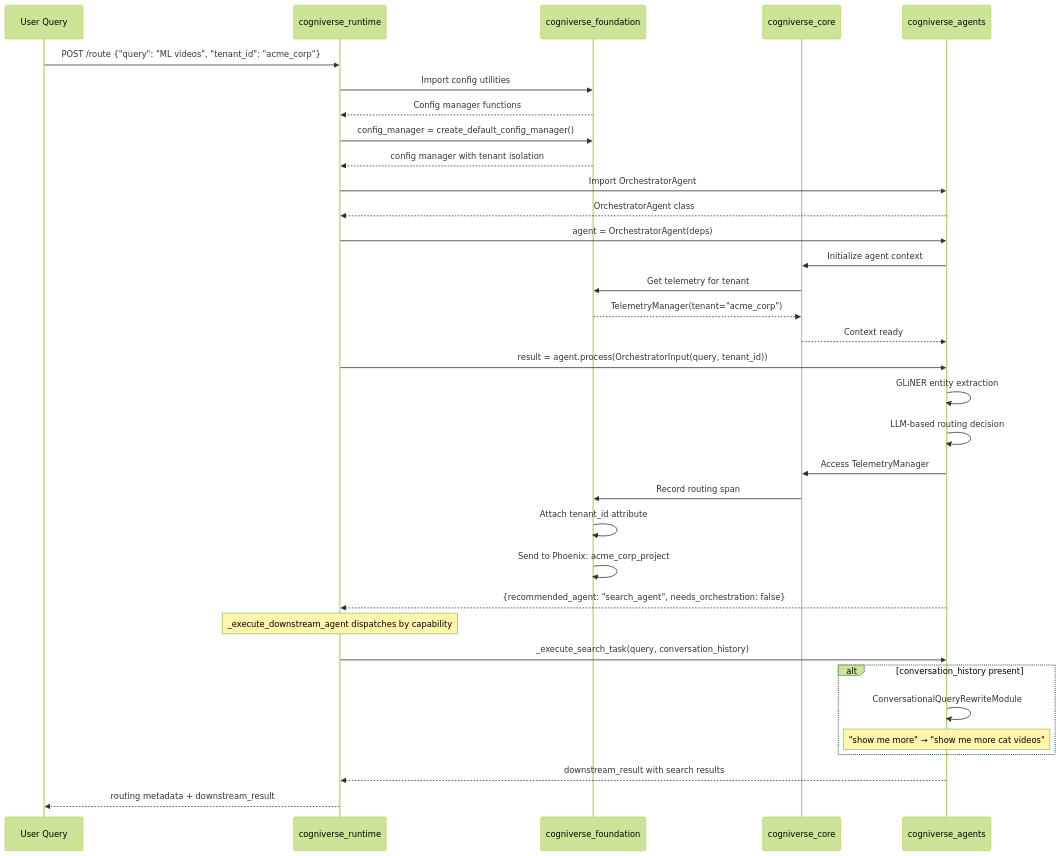
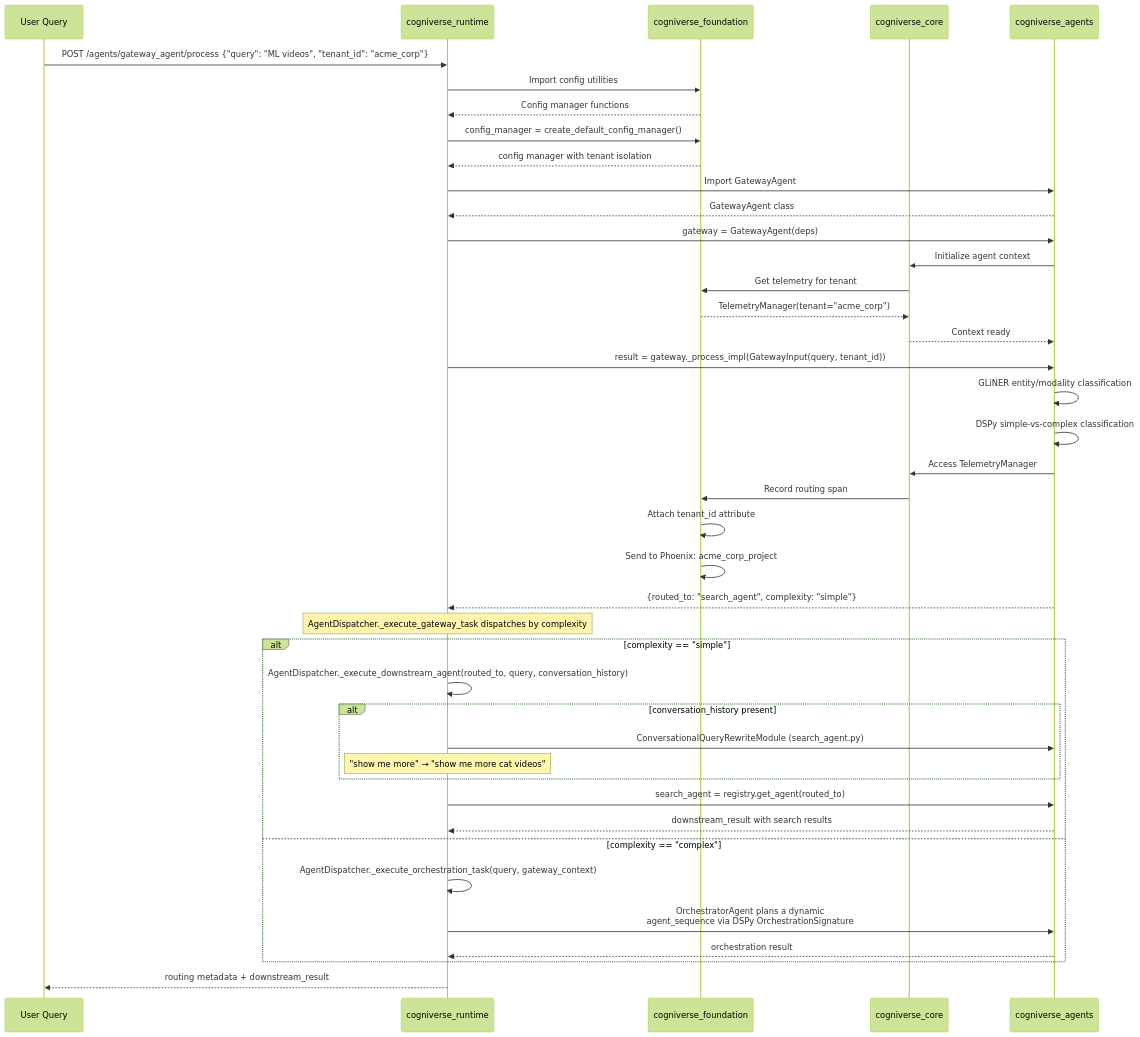
Before and after one commit to amit-jain/cogniverse: diagram 17 of 27 in docs/diagrams/sdk-architecture-diagrams.md, drawn with Mermaid (forest theme). The commit also changed other lines of this file and 119 other files, not shown here.

````diff
--- a/docs/diagrams/sdk-architecture-diagrams.md
+++ b/docs/diagrams/sdk-architecture-diagrams.md
@@ -531,47 +1050,56 @@
 ```mermaid
 sequenceDiagram
     participant User as User Query
     participant Runtime as cogniverse_runtime
     participant Foundation as cogniverse_foundation
     participant Core as cogniverse_core
     participant Agents as cogniverse_agents
 
-    User->>Runtime: POST /route {"query": "ML videos", "tenant_id": "acme_corp"}
+    User->>Runtime: POST /agents/gateway_agent/process {"query": "ML videos", "tenant_id": "acme_corp"}
 
     Runtime->>Foundation: Import config utilities
     Foundation-->>Runtime: Config manager functions
 
     Runtime->>Foundation: config_manager = create_default_config_manager()
     Foundation-->>Runtime: config manager with tenant isolation
 
-    Runtime->>Agents: Import OrchestratorAgent
-    Agents-->>Runtime: OrchestratorAgent class
+    Runtime->>Agents: Import GatewayAgent
+    Agents-->>Runtime: GatewayAgent class
 
-    Runtime->>Agents: agent = OrchestratorAgent(deps)
+    Runtime->>Agents: gateway = GatewayAgent(deps)
     Agents->>Core: Initialize agent context
     Core->>Foundation: Get telemetry for tenant
     Foundation-->>Core: TelemetryManager(tenant="acme_corp")
     Core-->>Agents: Context ready
 
-    Runtime->>Agents: result = agent.process(OrchestratorInput(query, tenant_id))
-    Agents->>Agents: GLiNER entity extraction
-    Agents->>Agents: LLM-based routing decision
+    Runtime->>Agents: result = gateway._process_impl(GatewayInput(query, tenant_id))
+    Agents->>Agents: GLiNER entity/modality classification
+    Agents->>Agents: DSPy simple-vs-complex classification
 
     Agents->>Core: Access TelemetryManager
     Core->>Foundation: Record routing span
     Foundation->>Foundation: Attach tenant_id attribute
     Foundation->>Foundation: Send to Phoenix: acme_corp_project
 
-    Agents-->>Runtime: {recommended_agent: "search_agent", needs_orchestration: false}
+    Agents-->>Runtime: {routed_to: "search_agent", complexity: "simple"}
 
-    Note over Runtime: _execute_downstream_agent dispatches by capability
-    Runtime->>Agents: _execute_search_task(query, conversation_history)
+    Note over Runtime: AgentDispatcher._execute_gateway_task dispatches by complexity
 
-    alt conversation_history present
-        Agents->>Agents: ConversationalQueryRewriteModule
-        Note over Agents: "show me more" → "show me more cat videos"
+    alt complexity == "simple"
+        Runtime->>Runtime: AgentDispatcher._execute_downstream_agent(routed_to, query, conversation_history)
+
+        alt conversation_history present
+            Runtime->>Agents: ConversationalQueryRewriteModule (search_agent.py)
+            Note over Runtime: "show me more" → "show me more cat videos"
+        end
+
+        Runtime->>Agents: search_agent = registry.get_agent(routed_to)
+        Agents-->>Runtime: downstream_result with search results
+    else complexity == "complex"
+        Runtime->>Runtime: AgentDispatcher._execute_orchestration_task(query, gateway_context)
+        Runtime->>Agents: OrchestratorAgent plans a dynamic<br/>agent_sequence via DSPy OrchestrationSignature
+        Agents-->>Runtime: orchestration result
     end
 
-    Agents-->>Runtime: downstream_result with search results
     Runtime-->>User: routing metadata + downstream_result
 ```
````
